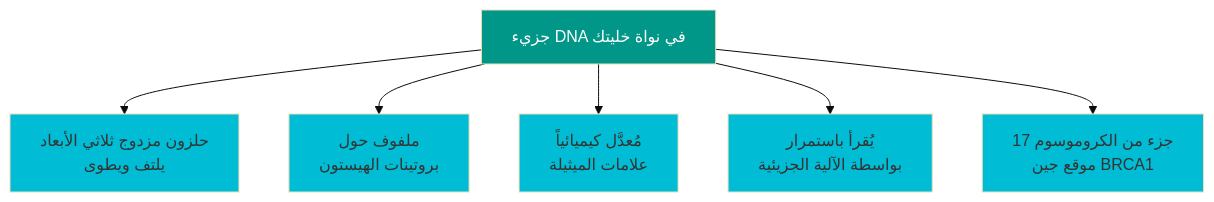
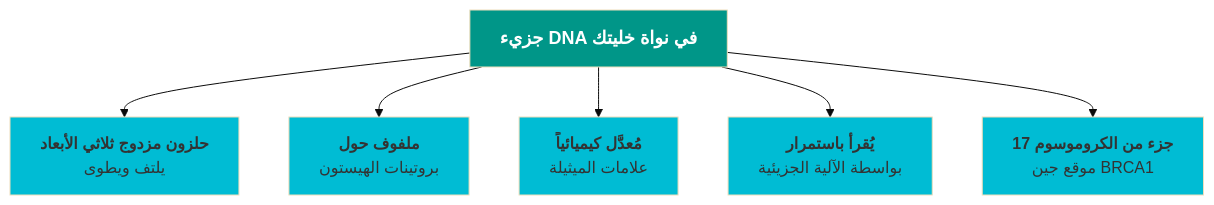
The first of 3 diagrams in docs/courses/foundation-of-bioinformatics/module-1.md (alarawms/site), drawn with Mermaid (base theme) before and after one commit. The commit also changed other lines of this file, not shown here.

First line of the commit message:
Module 1: Improve mermaid diagram typography

````diff
--- a/docs/courses/foundation-of-bioinformatics/module-1.md
+++ b/docs/courses/foundation-of-bioinformatics/module-1.md
@@ -41,17 +41,17 @@
     ```mermaid
     graph TB
-        DNA["جزيء DNA في نواة خليتك"]
+        DNA["<b>جزيء DNA في نواة خليتك</b>"]
 
-        DNA --> A["حلزون مزدوج ثلاثي الأبعاد<br/>يلتف ويطوى"]
-        DNA --> B["ملفوف حول<br/>بروتينات الهيستون"]
-        DNA --> C["مُعدَّل كيميائياً<br/>علامات الميثيلة"]
-        DNA --> D["يُقرأ باستمرار<br/>بواسطة الآلية الجزيئية"]
-        DNA --> E["جزء من الكروموسوم 17<br/>موقع جين BRCA1"]
+        DNA --> A["<b>حلزون مزدوج ثلاثي الأبعاد</b><br/>يلتف ويطوى"]
+        DNA --> B["<b>ملفوف حول</b><br/>بروتينات الهيستون"]
+        DNA --> C["<b>مُعدَّل كيميائياً</b><br/>علامات الميثيلة"]
+        DNA --> D["<b>يُقرأ باستمرار</b><br/>بواسطة الآلية الجزيئية"]
+        DNA --> E["<b>جزء من الكروموسوم 17</b><br/>موقع جين BRCA1"]
 
-        style DNA fill:#009688,color:#fff
-        style A fill:#00BCD4
-        style B fill:#00BCD4
-        style C fill:#00BCD4
-        style D fill:#00BCD4
-        style E fill:#00BCD4
+        style DNA fill:#009688,color:#fff,font-size:18px
+        style A fill:#00BCD4,font-size:16px
+        style B fill:#00BCD4,font-size:16px
+        style C fill:#00BCD4,font-size:16px
+        style D fill:#00BCD4,font-size:16px
+        style E fill:#00BCD4,font-size:16px
     ```
````
